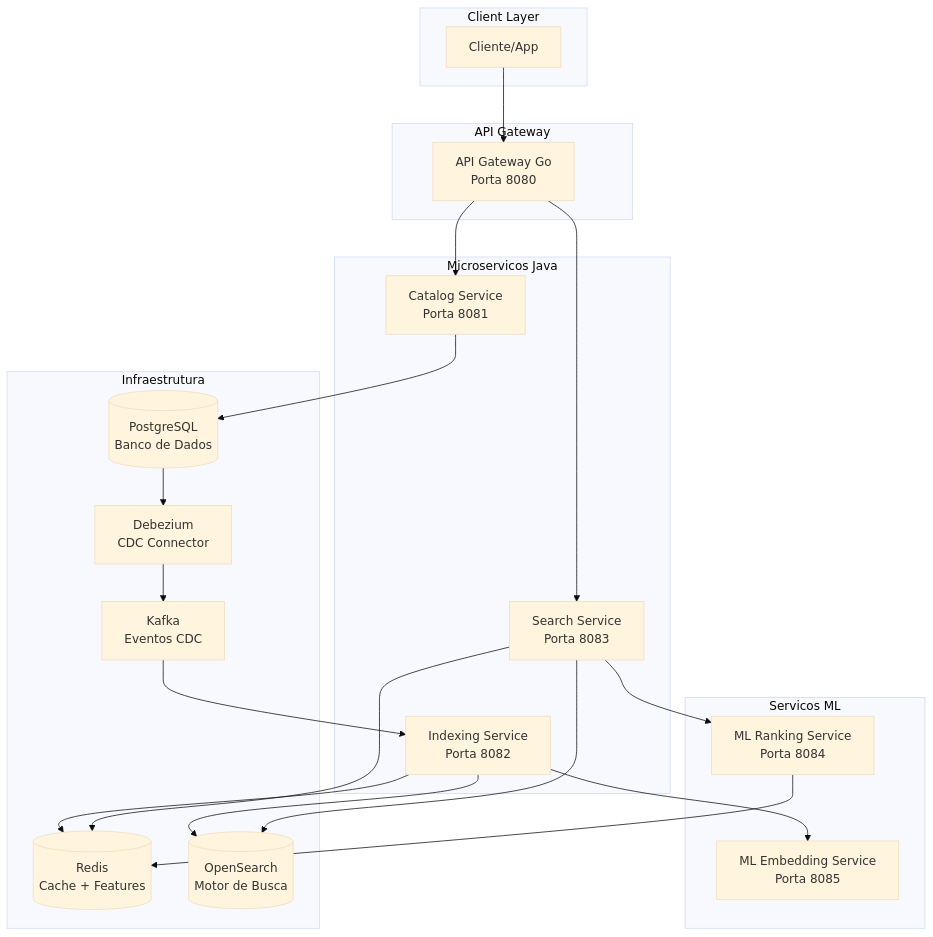
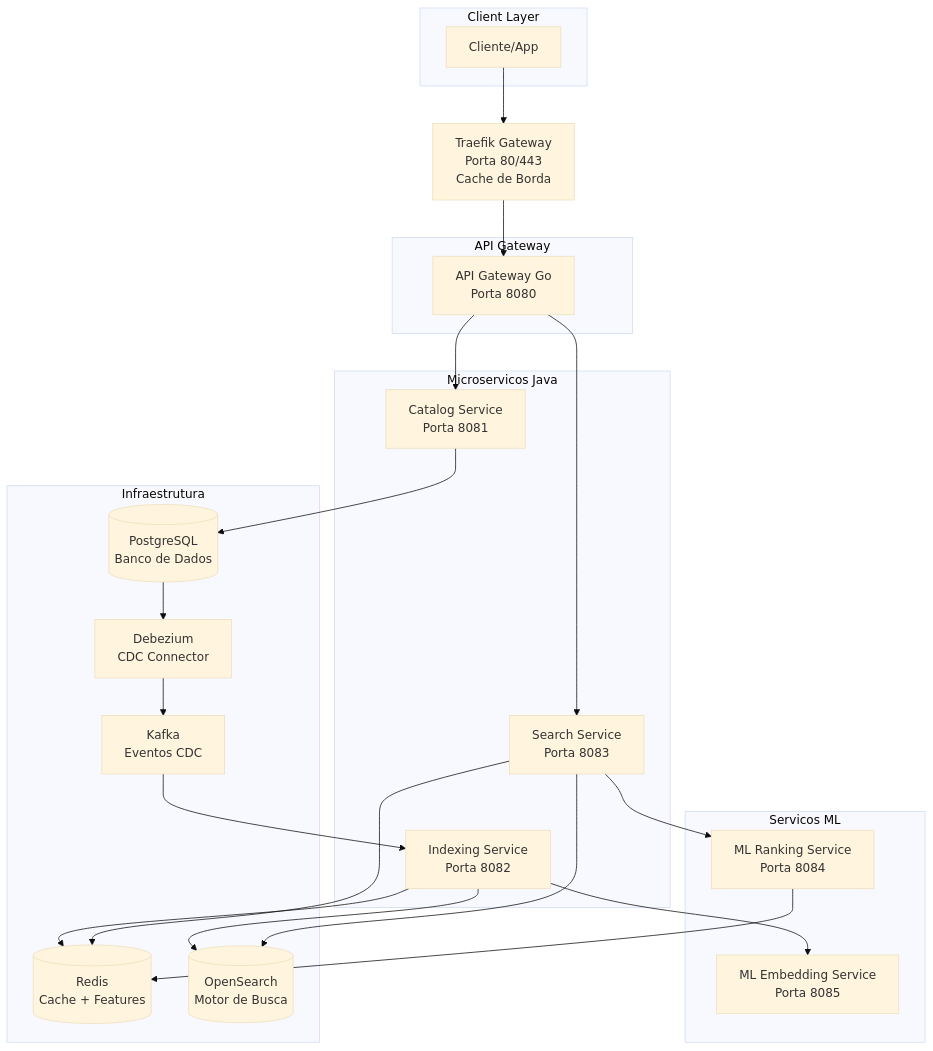
Before and after one commit to pablords/marketplace-search-system: the second of 2 diagrams in README.md, drawn with Mermaid (base theme). The commit also changed other lines of this file and 7 other files, not shown here.

Commit message:
feat: integrate Traefik as a unified gateway for the marketplace architecture; add caching middleware for search routes; implement new services for catalog, search, and indexing; update README to reflect architectural changes and service access details

````diff
--- a/README.md
+++ b/README.md
@@ -491,48 +519,49 @@
 ```mermaid
 graph TD
     subgraph ClientLayer["Client Layer"]
         CLIENT["Cliente/App"]
     end
 
     subgraph APIGateway["API Gateway"]
         GATEWAY["API Gateway Go<br/>Porta 8080"]
     end
 
     subgraph MicroservicosJava["Microservicos Java"]
         CATALOG["Catalog Service<br/>Porta 8081"]
         INDEXING["Indexing Service<br/>Porta 8082"]
         SEARCH["Search Service<br/>Porta 8083"]
     end
 
     subgraph ServicosML["Servicos ML"]
         ML_RANKING["ML Ranking Service<br/>Porta 8084"]
         ML_EMBEDDING["ML Embedding Service<br/>Porta 8085"]
     end
 
     subgraph Infraestrutura["Infraestrutura"]
         POSTGRES[("PostgreSQL<br/>Banco de Dados")]
         REDIS[("Redis<br/>Cache + Features")]
         OPENSEARCH[("OpenSearch<br/>Motor de Busca")]
         KAFKA["Kafka<br/>Eventos CDC"]
         DEBEZIUM["Debezium<br/>CDC Connector"]
     end
 
-    CLIENT --> GATEWAY
+    CLIENT --> TRAEFIK["Traefik Gateway<br/>Porta 80/443<br/>Cache de Borda"]
+    TRAEFIK --> GATEWAY
     GATEWAY --> CATALOG
     GATEWAY --> SEARCH
     
     CATALOG --> POSTGRES
     POSTGRES --> DEBEZIUM
     DEBEZIUM --> KAFKA
     KAFKA --> INDEXING
     
     INDEXING --> ML_EMBEDDING
     INDEXING --> OPENSEARCH
     INDEXING --> REDIS
     
     SEARCH --> OPENSEARCH
     SEARCH --> REDIS
     SEARCH --> ML_RANKING
     
     ML_RANKING --> REDIS
 ```
````
